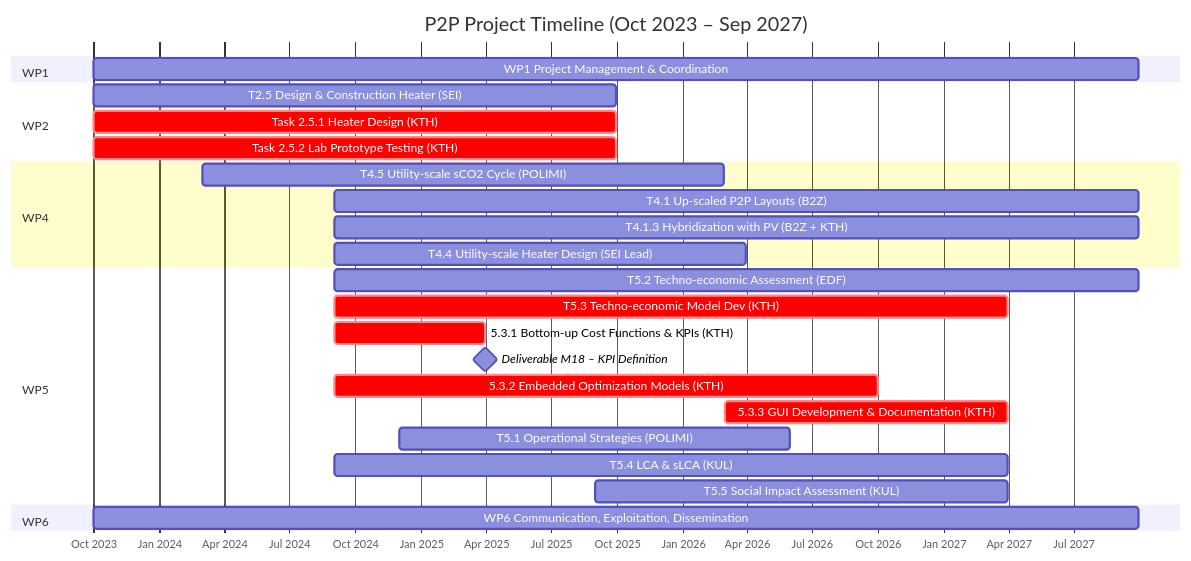
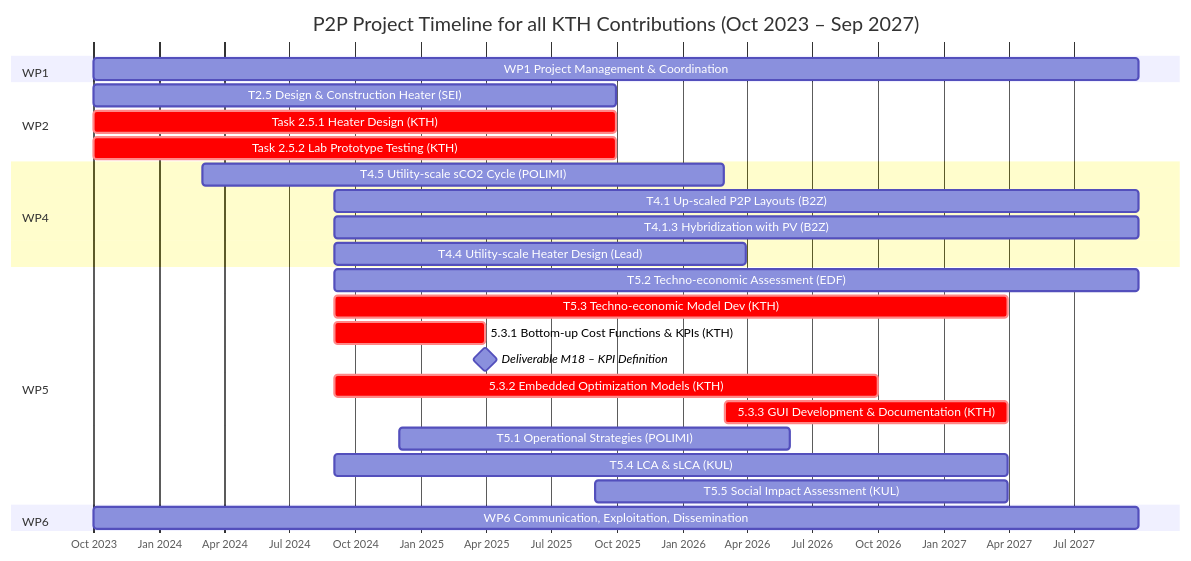
Before and after one commit to sarabjorkegren/Diverse: the diagram in README.md, drawn with Mermaid. The commit also changed other lines of this file, not shown here.

Commit message:
Update P2P Project Timeline title and details

````diff
--- a/README.md
+++ b/README.md
@@ -2,40 +3,40 @@
 ```mermaid
 gantt
-    title P2P Project Timeline (Oct 2023 – Sep 2027)
+    title P2P Project Timeline for all KTH Contributions (Oct 2023 – Sep 2027)
     dateFormat  YYYY-MM-DD
     axisFormat  %b %Y
 
     %% =========================
     section WP1 
     WP1 Project Management & Coordination :wp1, 2023-10-01, 2027-09-30
 
     %% =========================
     section WP2 
     T2.5 Design & Construction Heater (SEI) :wp2a, 2023-10-01, 2025-09-30
     Task 2.5.1 Heater Design (KTH) :crit, wp2b, 2023-10-01, 2025-09-30
     Task 2.5.2 Lab Prototype Testing (KTH) :crit, wp2c, 2023-10-01, 2025-09-30
 
     %% =========================
     section WP4 
     T4.5 Utility-scale sCO2 Cycle (POLIMI) :wp4a, 2024-03-01, 2026-02-28
     T4.1 Up-scaled P2P Layouts (B2Z) :wp4b, 2024-09-01, 2027-09-30
-    T4.1.3 Hybridization with PV (B2Z + KTH) :wp4c, 2024-09-01, 2027-09-30
-    T4.4 Utility-scale Heater Design (SEI Lead) :wp4d, 2024-09-01, 2026-03-31
+    T4.1.3 Hybridization with PV (B2Z) :wp4c, 2024-09-01, 2027-09-30
+    T4.4 Utility-scale Heater Design (Lead) :wp4d, 2024-09-01, 2026-03-31
 
     %% =========================
     section WP5 
     T5.2 Techno-economic Assessment (EDF) :wp5a, 2024-09-01, 2027-09-30
     T5.3 Techno-economic Model Dev (KTH) :crit, wp5b, 2024-09-01, 2027-03-31
     5.3.1 Bottom-up Cost Functions & KPIs (KTH) :crit, wp5c, 2024-09-01, 2025-03-31
     Deliverable M18 – KPI Definition :milestone, m18, 2025-03-31, 0d
     5.3.2 Embedded Optimization Models (KTH) :crit, wp5d, 2024-09-01, 2026-09-30
     5.3.3 GUI Development & Documentation (KTH) :crit, wp5e, 2026-03-01, 2027-03-31
     T5.1 Operational Strategies (POLIMI) :wp5f, 2024-12-01, 2026-05-31
     T5.4 LCA & sLCA (KUL) :wp5g, 2024-09-01, 2027-03-31
     T5.5 Social Impact Assessment (KUL) :wp5h, 2025-09-01, 2027-03-31
 
     %% =========================
     section WP6 
     WP6 Communication, Exploitation, Dissemination:wp6a, 2023-10-01, 2027-09-30
  
 ```
````
